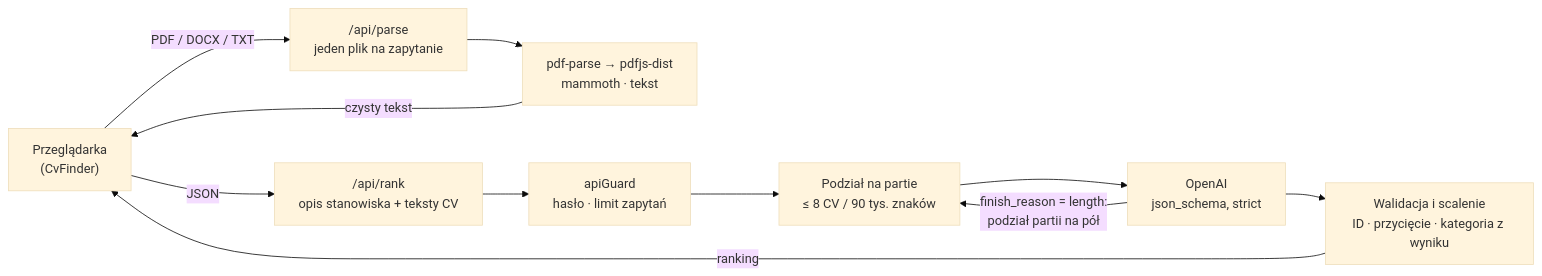
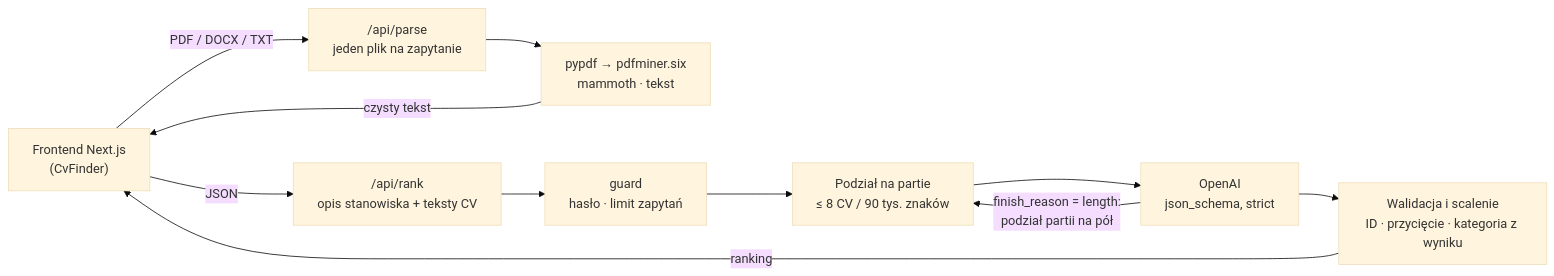
The diagram in README.pl.md (krzysztofp8852-create/CV_finder), drawn with Mermaid (base theme) before and after one commit. The commit also changed other lines of this file and 55 other files, not shown here.

````diff
--- a/README.pl.md
+++ b/README.pl.md
@@ -78,16 +80,16 @@
 ```mermaid
 flowchart LR
-    UI["Przeglądarka<br/>(CvFinder)"]
+    UI["Frontend Next.js<br/>(CvFinder)"]
     P["/api/parse<br/>jeden plik na zapytanie"]
-    X["pdf-parse → pdfjs-dist<br/>mammoth · tekst"]
+    X["pypdf → pdfminer.six<br/>mammoth · tekst"]
     R["/api/rank<br/>opis stanowiska + teksty CV"]
-    G["apiGuard<br/>hasło · limit zapytań"]
+    G["guard<br/>hasło · limit zapytań"]
     B["Podział na partie<br/>≤ 8 CV / 90 tys. znaków"]
     O["OpenAI<br/>json_schema, strict"]
     V["Walidacja i scalenie<br/>ID · przycięcie · kategoria z wyniku"]
 
     UI -- "PDF / DOCX / TXT" --> P --> X -- "czysty tekst" --> UI
     UI -- "JSON" --> R --> G --> B --> O
     O -- "finish_reason = length:<br/>podział partii na pół" --> B
     O --> V -- "ranking" --> UI
 ```
````
